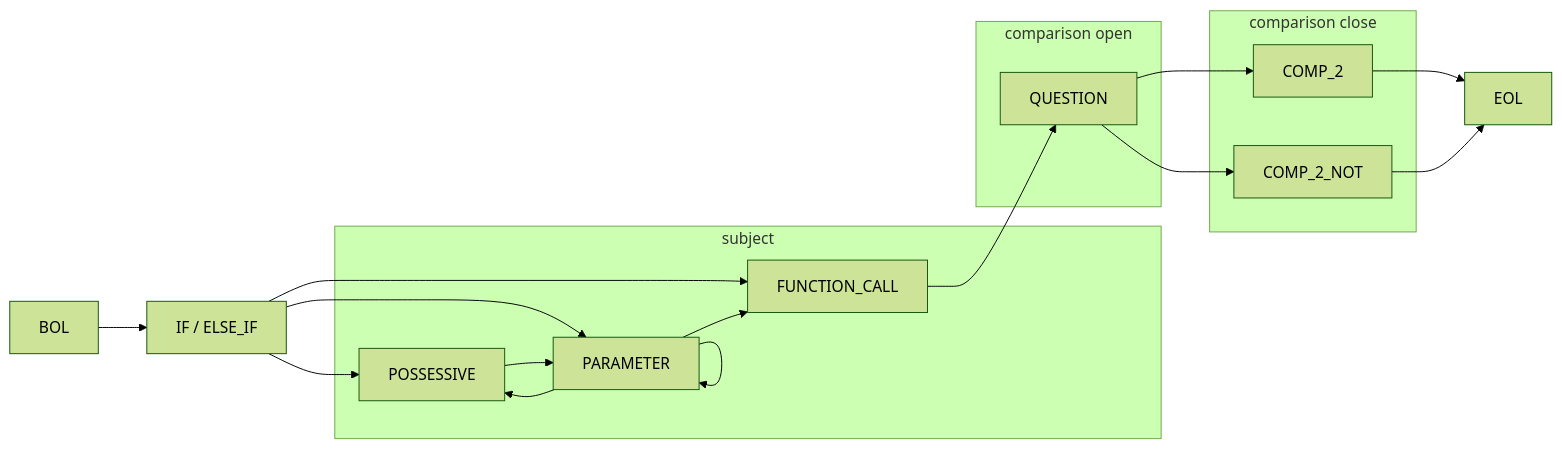
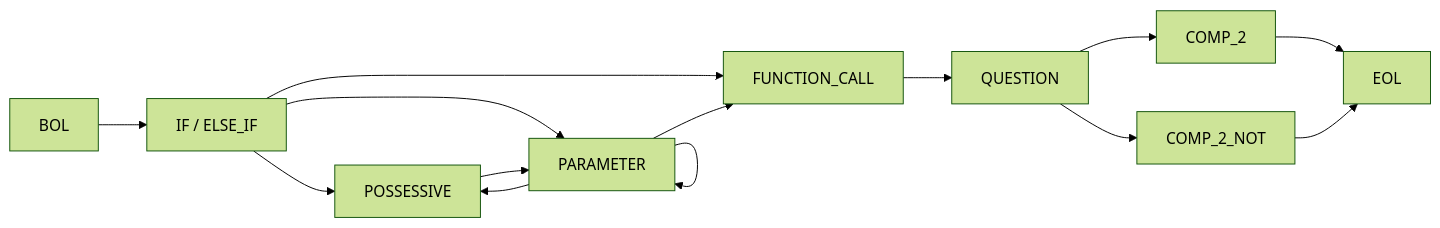
One commit to rewhowe/snapdragon changed the ninth of 12 diagrams in documentation/nfsm.md. Above: the diagram before and after it, drawn with Mermaid (forest theme). The commit also changed other lines of this file and 7 other files, not shown here.

````diff
--- a/documentation/nfsm.md
+++ b/documentation/nfsm.md
@@ -255,34 +243,23 @@
 ```mermaid
 graph LR
   BOL --> IF[IF / ELSE_IF]
 
-  IF[IF / ELSE_IF ] --> POSSESSIVE
-  IF[IF / ELSE_IF ] --> PARAMETER
-  IF[IF / ELSE_IF ] --> FUNCTION_CALL
+  IF --> POSSESSIVE
+  IF --> PARAMETER
+  IF --> FUNCTION_CALL
 
-  subgraph subject
-    PARAMETER --> POSSESSIVE
-    PARAMETER --> PARAMETER
-    PARAMETER --> FUNCTION_CALL
+  PARAMETER --> POSSESSIVE
+  PARAMETER --> PARAMETER
+  PARAMETER --> FUNCTION_CALL
 
-    POSSESSIVE --> PARAMETER
-  end
+  POSSESSIVE --> PARAMETER
 
   FUNCTION_CALL --> QUESTION
 
   QUESTION --> COMP_2
   QUESTION --> COMP_2_NOT
 
   COMP_2 --> EOL
 
   COMP_2_NOT --> EOL
-
-  subgraph comparison open
-    QUESTION
-  end
-
-  subgraph comparison close
-    COMP_2
-    COMP_2_NOT
-  end
 ```
````
